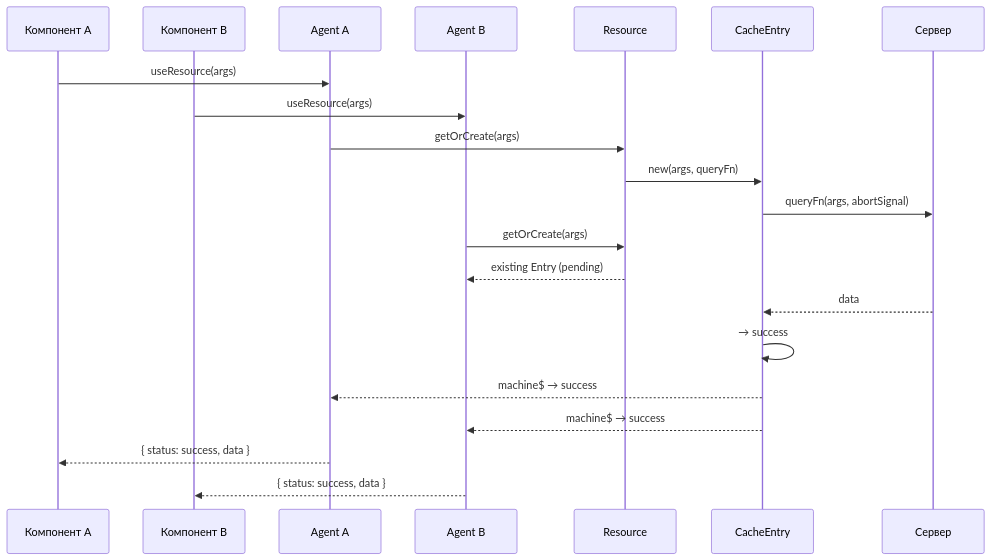
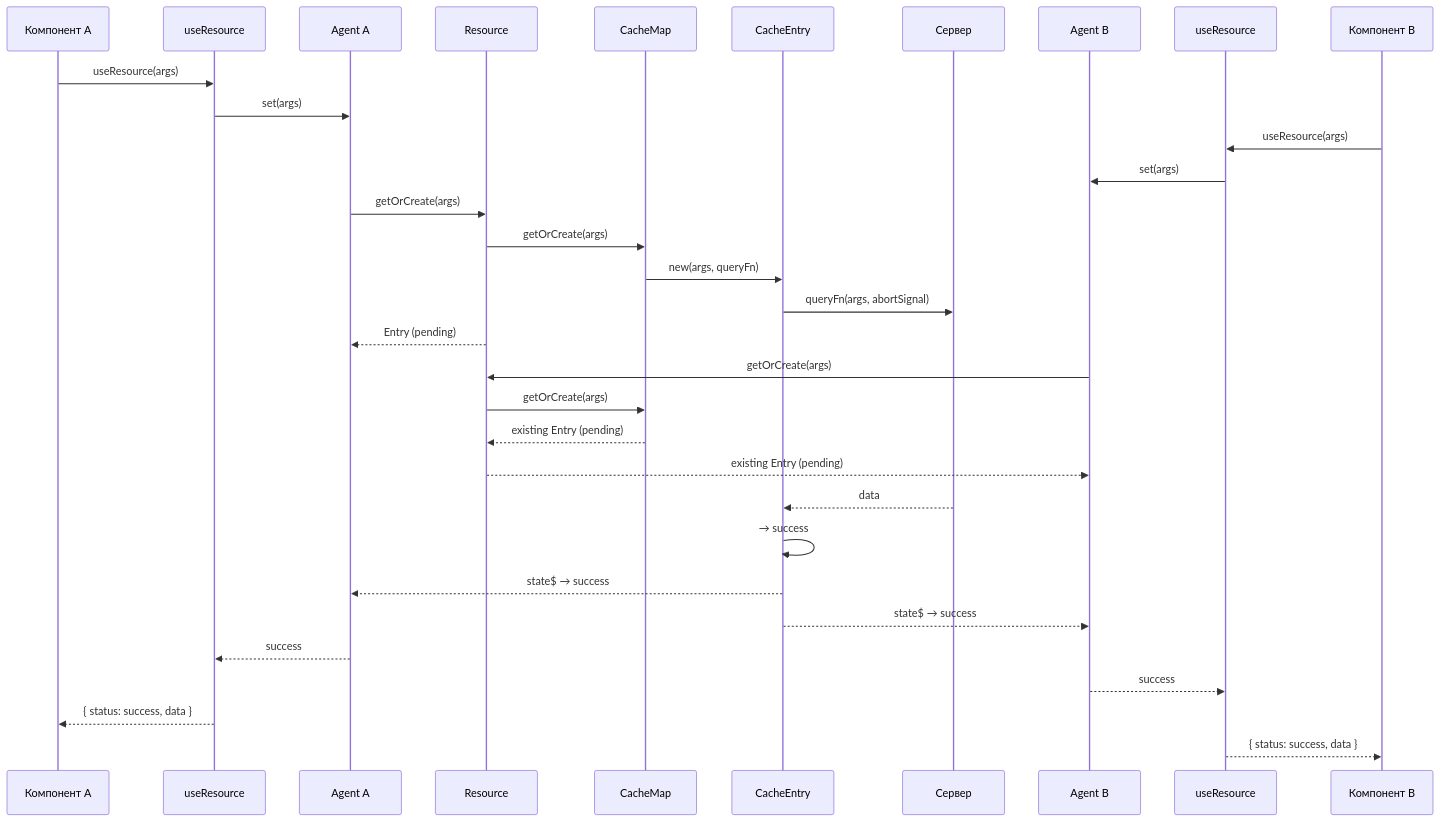
One commit to fozy-labs/rx-toolkit changed the sixth of 11 diagrams in docs/query/concepts/dataflows.md. Above: the diagram before and after it, drawn with Mermaid. The commit also changed other lines of this file and 10 other files, not shown here.

````diff
--- a/docs/query/concepts/dataflows.md
+++ b/docs/query/concepts/dataflows.md
@@ -161,27 +213,38 @@
 ```mermaid
 sequenceDiagram
     participant UI_A as Компонент A
-    participant UI_B as Компонент B
+    participant Hook_A as useResource
     participant Agent_A as Agent A
-    participant Agent_B as Agent B
     participant Res as Resource
+    participant Cache as CacheMap
     participant Entry as CacheEntry
     participant Server as Сервер
+    participant Agent_B as Agent B
+    participant Hook_B as useResource
+    participant UI_B as Компонент B
 
-    UI_A->>Agent_A: useResource(args)
-    UI_B->>Agent_B: useResource(args)
+    UI_A->>Hook_A: useResource(args)
+    Hook_A->>Agent_A: set(args)
+    UI_B->>Hook_B: useResource(args)
+    Hook_B->>Agent_B: set(args)
 
     Agent_A->>Res: getOrCreate(args)
-    Res->>Entry: new(args, queryFn)
+    Res->>Cache: getOrCreate(args)
+    Cache->>Entry: new(args, queryFn)
     Entry->>Server: queryFn(args, abortSignal)
+    Res-->>Agent_A: Entry (pending)
 
     Agent_B->>Res: getOrCreate(args)
+    Res->>Cache: getOrCreate(args)
+    Cache-->>Res: existing Entry (pending)
     Res-->>Agent_B: existing Entry (pending)
 
     Server-->>Entry: data
     Entry->>Entry: → success
-    Entry-->>Agent_A: machine$ → success
-    Entry-->>Agent_B: machine$ → success
-    Agent_A-->>UI_A: { status: success, data }
-    Agent_B-->>UI_B: { status: success, data }
+    Entry-->>Agent_A: state$ → success
+    Entry-->>Agent_B: state$ → success
+    Agent_A-->>Hook_A: success
+    Agent_B-->>Hook_B: success
+    Hook_A-->>UI_A: { status: success, data }
+    Hook_B-->>UI_B: { status: success, data }
 ```
````
